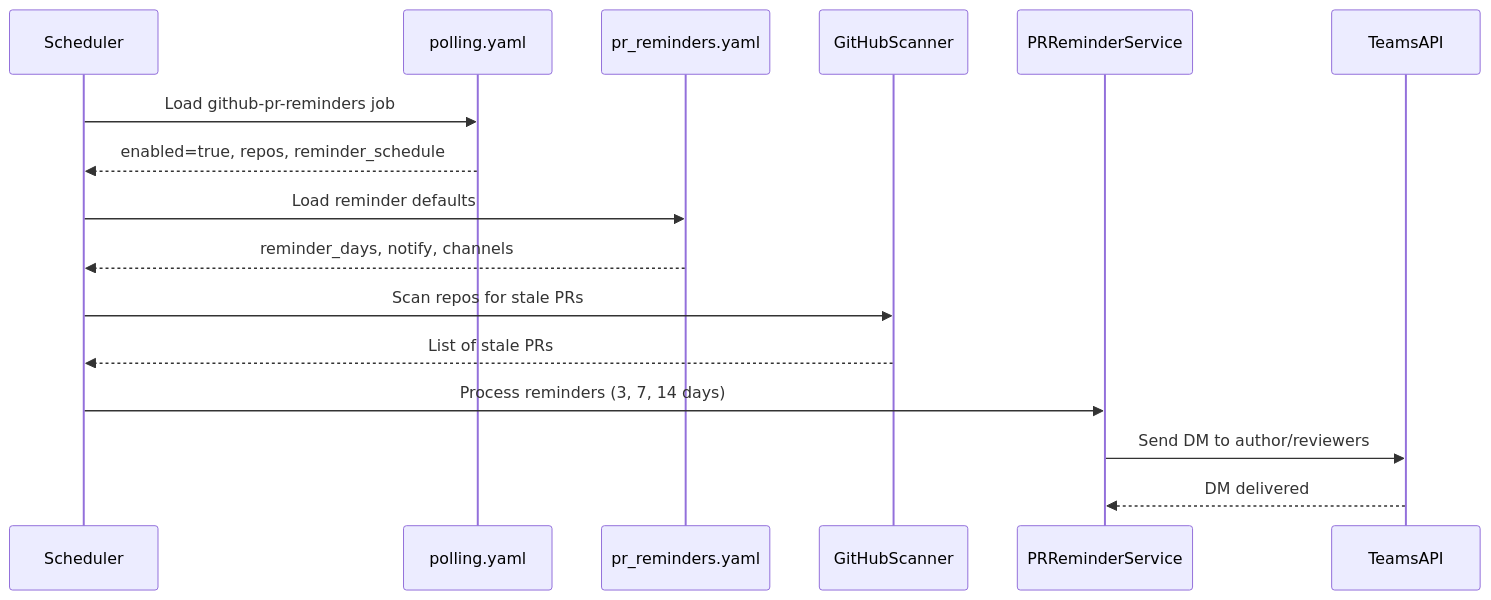
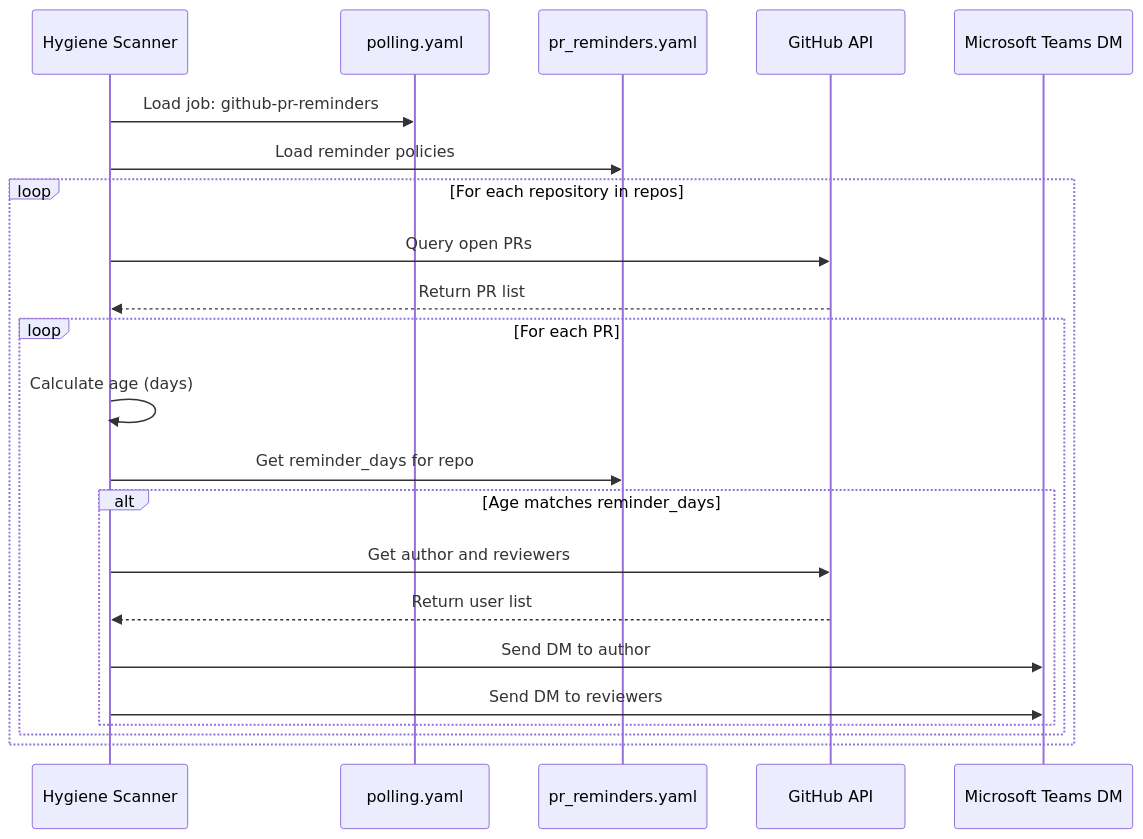
The fourth of 4 diagrams in agents/drucker/docs/config.md (jmac-cornelis/agent-workforce), drawn with Mermaid before and after one commit. The commit also changed other lines of this file and 4 other files, not shown here.

````diff
--- a/agents/drucker/docs/config.md
+++ b/agents/drucker/docs/config.md
@@ -73,19 +137,29 @@
 ```mermaid
 sequenceDiagram
-    participant Scheduler
+    participant Scanner as Hygiene Scanner
     participant PollingConfig as polling.yaml
-    participant PRConfig as pr_reminders.yaml
-    participant GitHubScanner
-    participant PRReminderService
-    participant TeamsAPI
+    participant ReminderConfig as pr_reminders.yaml
+    participant GitHub as GitHub API
+    participant Teams as Microsoft Teams DM
     
-    Scheduler->>PollingConfig: Load github-pr-reminders job
-    PollingConfig-->>Scheduler: enabled=true, repos, reminder_schedule
-    Scheduler->>PRConfig: Load reminder defaults
-    PRConfig-->>Scheduler: reminder_days, notify, channels
-    Scheduler->>GitHubScanner: Scan repos for stale PRs
-    GitHubScanner-->>Scheduler: List of stale PRs
-    Scheduler->>PRReminderService: Process reminders (3, 7, 14 days)
-    PRReminderService->>TeamsAPI: Send DM to author/reviewers
-    TeamsAPI-->>PRReminderService: DM delivered
+    Scanner->>PollingConfig: Load job: github-pr-reminders
+    Scanner->>ReminderConfig: Load reminder policies
+    
+    loop For each repository in repos
+        Scanner->>GitHub: Query open PRs
+        GitHub-->>Scanner: Return PR list
+        
+        loop For each PR
+            Scanner->>Scanner: Calculate age (days)
+            Scanner->>ReminderConfig: Get reminder_days for repo
+            
+            alt Age matches reminder_days
+                Scanner->>GitHub: Get author and reviewers
+                GitHub-->>Scanner: Return user list
+                
+                Scanner->>Teams: Send DM to author
+                Scanner->>Teams: Send DM to reviewers
+            end
+        end
+    end
 ```
````
